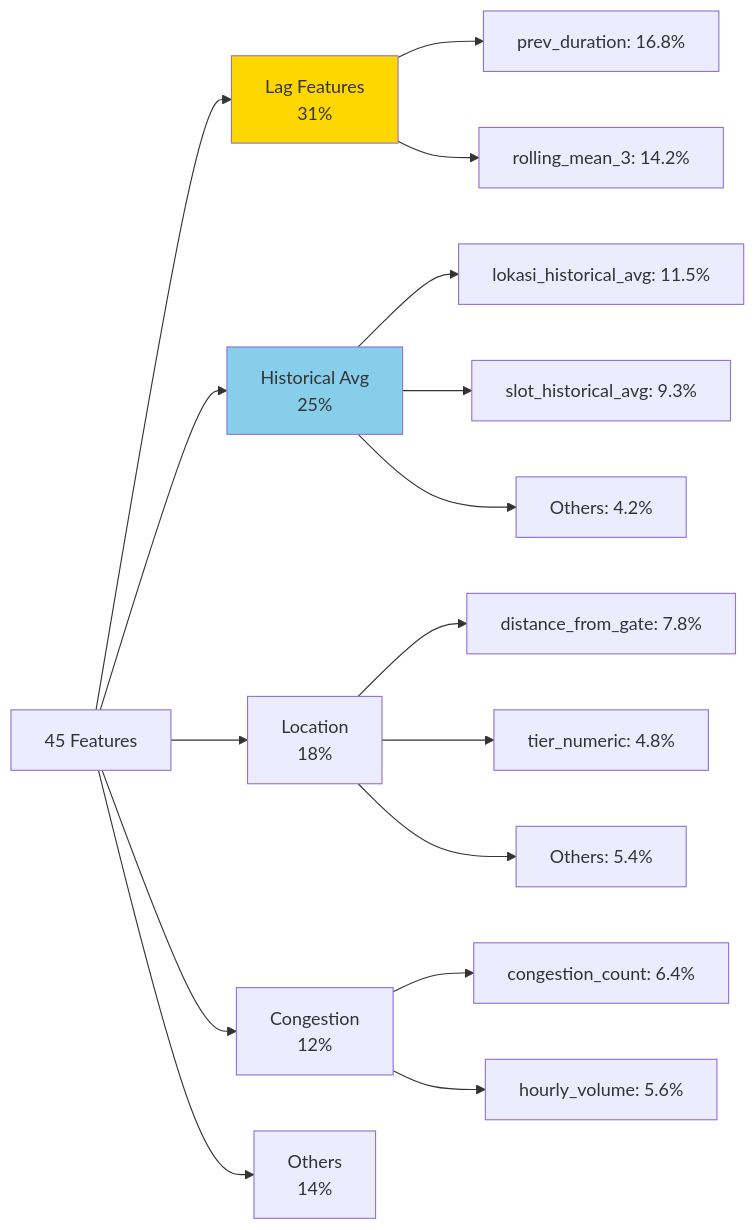
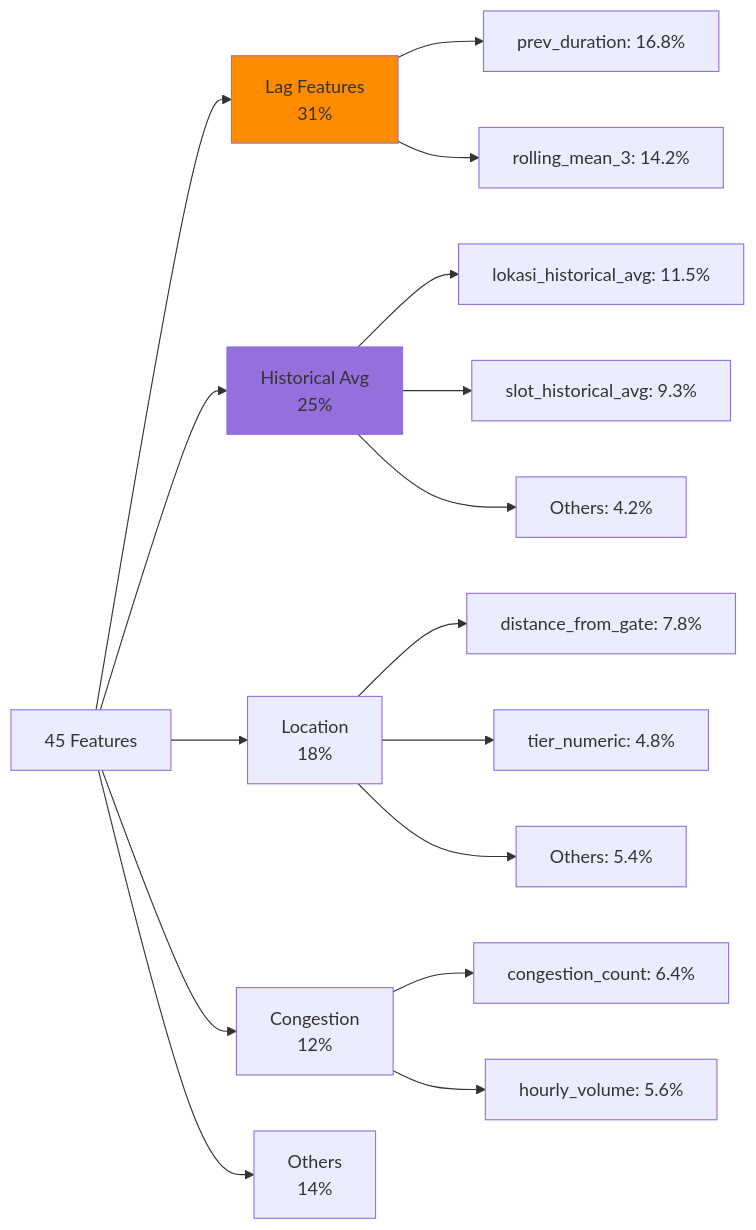
Before and after one commit to Daffa-afaf/ARTG-Queue-Prediction: the fifth of 8 diagrams in FLOWCHART.md, drawn with Mermaid. The commit also changed other lines of this file, not shown here.

First line of the commit message:
fix: Revise FLOWCHART.md for accuracy and readability

````diff
--- a/FLOWCHART.md
+++ b/FLOWCHART.md
@@ -139,25 +139,25 @@
 ```mermaid
 graph LR
     A[45 Features] --> B[Lag Features<br/>31%]
     A --> C[Historical Avg<br/>25%]
     A --> D[Location<br/>18%]
     A --> E[Congestion<br/>12%]
     A --> F[Others<br/>14%]
     
     B --> B1[prev_duration: 16.8%]
     B --> B2[rolling_mean_3: 14.2%]
     
     C --> C1[lokasi_historical_avg: 11.5%]
     C --> C2[slot_historical_avg: 9.3%]
     C --> C3[Others: 4.2%]
     
     D --> D1[distance_from_gate: 7.8%]
     D --> D2[tier_numeric: 4.8%]
     D --> D3[Others: 5.4%]
     
     E --> E1[congestion_count: 6.4%]
     E --> E2[hourly_volume: 5.6%]
     
-    style B fill:#FFD700
-    style C fill:#87CEEB
+    style B fill:#FF8C00
+    style C fill:#9370DB
 ```
````
